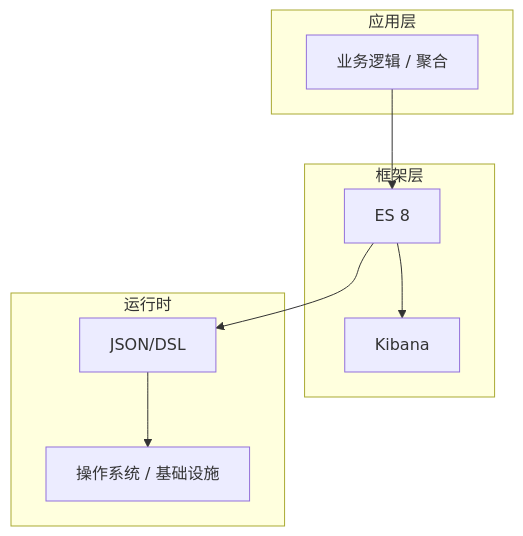
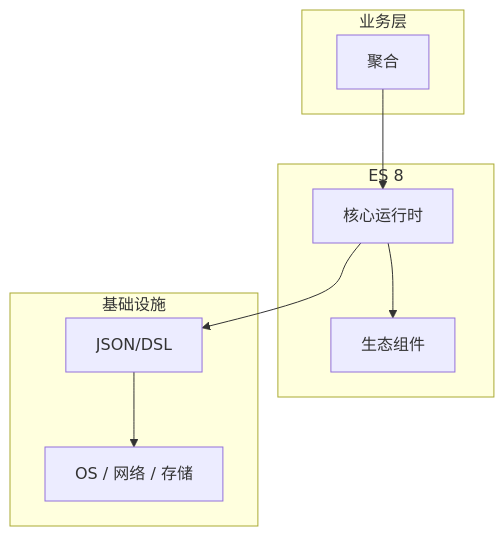
Before and after one commit to yanggan2015/knowledge-json-v2: the diagram in articles/Elasticsearch/chapters/043-聚合核心概念与原理.md, drawn with Mermaid. The commit also changed other lines of this file and 10127 other files, not shown here.

````diff
--- a/articles/Elasticsearch/chapters/043-聚合核心概念与原理.md
+++ b/articles/Elasticsearch/chapters/043-聚合核心概念与原理.md
@@ -45,18 +34,18 @@
 ```mermaid
 graph TB
-    subgraph 应用层
-        A[业务逻辑 / 聚合]
+    subgraph 业务层
+        A[聚合]
     end
-    subgraph 框架层
-        B[ES 8]
-        C[Kibana]
+    subgraph ES 8
+        B[核心运行时]
+        C[生态组件]
     end
-    subgraph 运行时
+    subgraph 基础设施
         D[JSON/DSL]
-        E[操作系统 / 基础设施]
+        E[OS / 网络 / 存储]
     end
     A --> B
     B --> C
     B --> D
     D --> E
 ```
````
